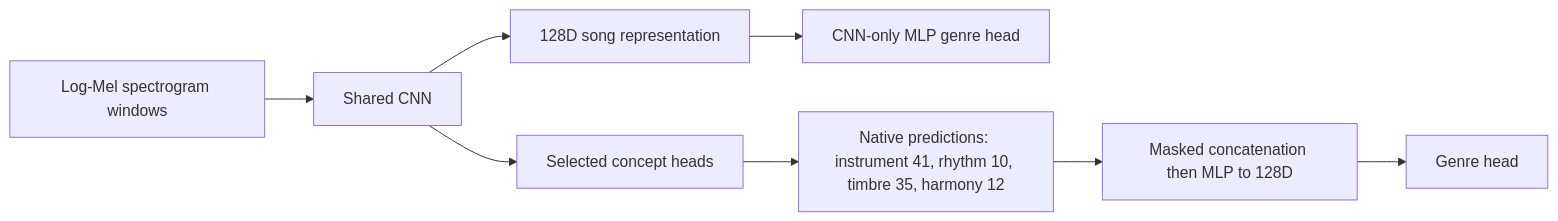
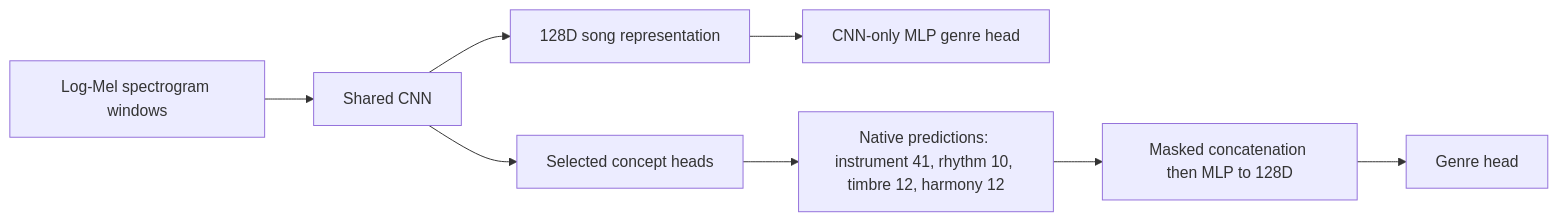
Before and after one commit to tharu-jwd/music-genre-classification: the diagram in docs/modular-experiments.md, drawn with Mermaid. The commit also changed other lines of this file and 37 other files, not shown here.

````diff
--- a/docs/modular-experiments.md
+++ b/docs/modular-experiments.md
@@ -29,10 +29,10 @@
 ```mermaid
 flowchart LR
     A[Log-Mel spectrogram windows] --> E[Shared CNN]
     E --> P[128D song representation]
     P --> C[CNN-only MLP genre head]
     E --> B[Selected concept heads]
-    B --> T[Native predictions: instrument 41, rhythm 10, timbre 35, harmony 12]
+    B --> T[Native predictions: instrument 41, rhythm 10, timbre 12, harmony 12]
     T --> F[Masked concatenation then MLP to 128D]
     F --> G[Genre head]
 ```
````
